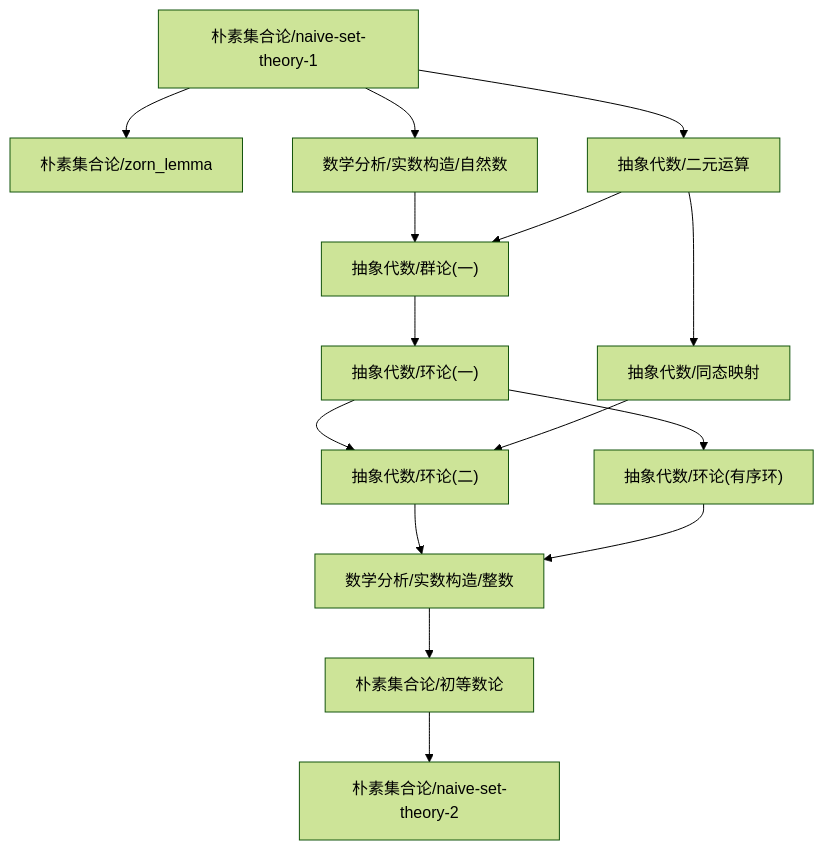
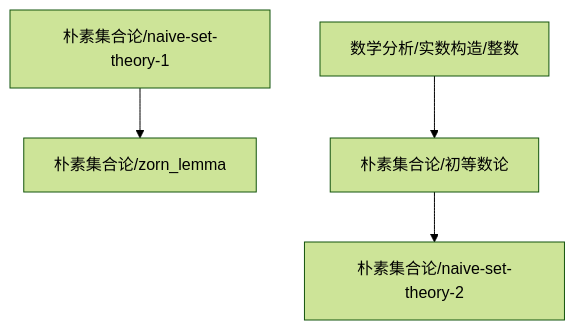
The diagram in content/朴素集合论/dependency_graph.md (zeroDtree/zeroDtree.github.io), drawn with Mermaid (forest theme) before and after one commit. The commit also changed 13 other files, not shown here.

````diff
--- a/content/朴素集合论/dependency_graph.md
+++ b/content/朴素集合论/dependency_graph.md
@@ -1,17 +1,6 @@
 ```mermaid
 graph TD
 1["朴素集合论/naive-set-theory-1"] --> 0["朴素集合论/zorn_lemma"]
 3["数学分析/实数构造/整数"] --> 2["朴素集合论/初等数论"]
 2["朴素集合论/初等数论"] --> 5["朴素集合论/naive-set-theory-2"]
-6["抽象代数/环论(二)"] --> 3["数学分析/实数构造/整数"]
-7["抽象代数/环论(有序环)"] --> 3["数学分析/实数构造/整数"]
-8["抽象代数/环论(一)"] --> 6["抽象代数/环论(二)"]
-9["抽象代数/同态映射"] --> 6["抽象代数/环论(二)"]
-8["抽象代数/环论(一)"] --> 7["抽象代数/环论(有序环)"]
-10["抽象代数/群论(一)"] --> 8["抽象代数/环论(一)"]
-11["数学分析/实数构造/自然数"] --> 10["抽象代数/群论(一)"]
-12["抽象代数/二元运算"] --> 10["抽象代数/群论(一)"]
-1["朴素集合论/naive-set-theory-1"] --> 11["数学分析/实数构造/自然数"]
-1["朴素集合论/naive-set-theory-1"] --> 12["抽象代数/二元运算"]
-12["抽象代数/二元运算"] --> 9["抽象代数/同态映射"]
 ```
````
